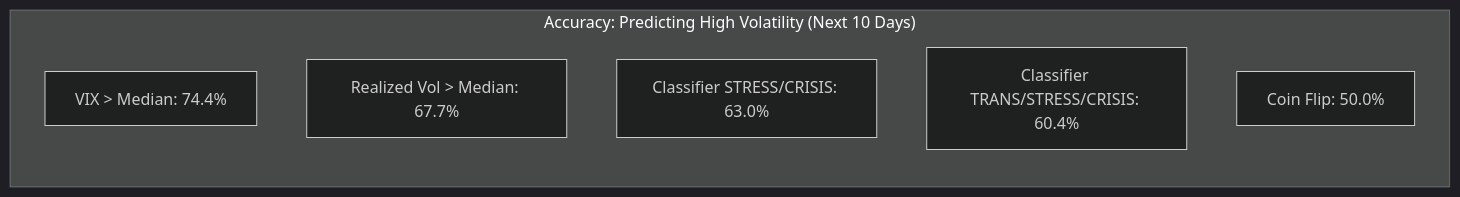
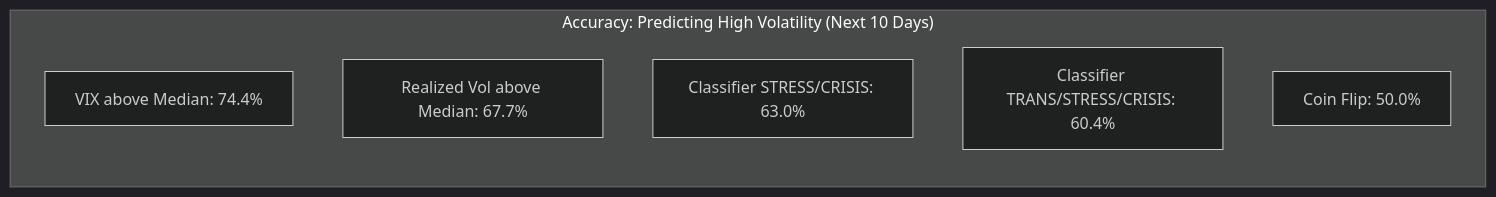
Before and after one commit to VarunGore36/regime-classifier: the first of 20 diagrams in VISUALIZATION.md, drawn with Mermaid (dark theme). The commit also changed other lines of this file, not shown here.

````diff
--- a/VISUALIZATION.md
+++ b/VISUALIZATION.md
@@ -13,11 +13,11 @@
 ```mermaid
 flowchart LR
     subgraph "Accuracy: Predicting High Volatility (Next 10 Days)"
         direction TB
-        A1[VIX > Median: 74.4%]
-        A2[Realized Vol > Median: 67.7%]
+        A1[VIX above Median: 74.4%]
+        A2[Realized Vol above Median: 67.7%]
         A3[Classifier STRESS/CRISIS: 63.0%]
         A4[Classifier TRANS/STRESS/CRISIS: 60.4%]
         A5[Coin Flip: 50.0%]
     end
 ```
````
